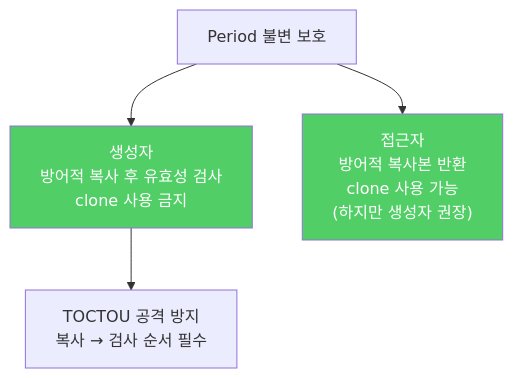
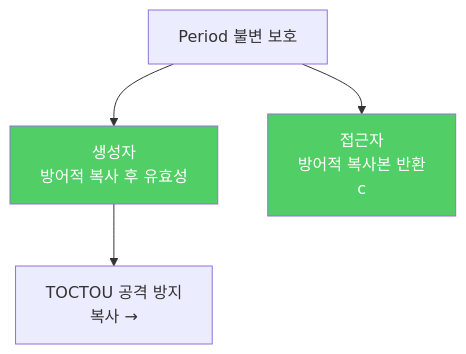
The diagram in _posts/java/2022-02-03-effective-java50.md (yjkim2015/yjkim2015.github.io), drawn with Mermaid before and after one commit. The commit also changed 271 other files, not shown here.

First line of the commit message:
Mermaid 라벨 축소: 긴 노드 텍스트 18자 이하로 트림 + \n 제거

````diff
--- a/_posts/java/2022-02-03-effective-java50.md
+++ b/_posts/java/2022-02-03-effective-java50.md
@@ -82,8 +82,8 @@
 ```mermaid
 graph TD
-    A["Period 불변 보호"] --> B["생성자\n방어적 복사 후 유효성 검사\nclone 사용 금지"]
-    A --> C["접근자\n방어적 복사본 반환\nclone 사용 가능\n(하지만 생성자 권장)"]
-    B --> D["TOCTOU 공격 방지\n복사 → 검사 순서 필수"]
+    A["Period 불변 보호"] --> B["생성자\n방어적 복사 후 유효성"]
+    A --> C["접근자\n방어적 복사본 반환\nc"]
+    B --> D["TOCTOU 공격 방지\n복사 →"]
     style B fill:#51cf66,color:#fff
     style C fill:#51cf66,color:#fff
 ```
````
